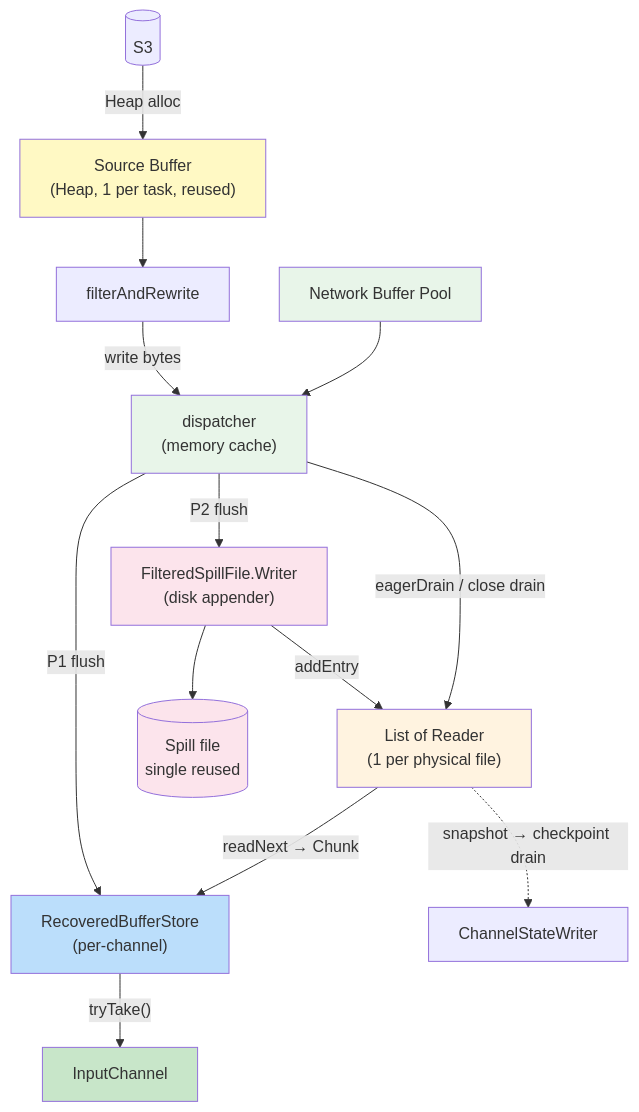
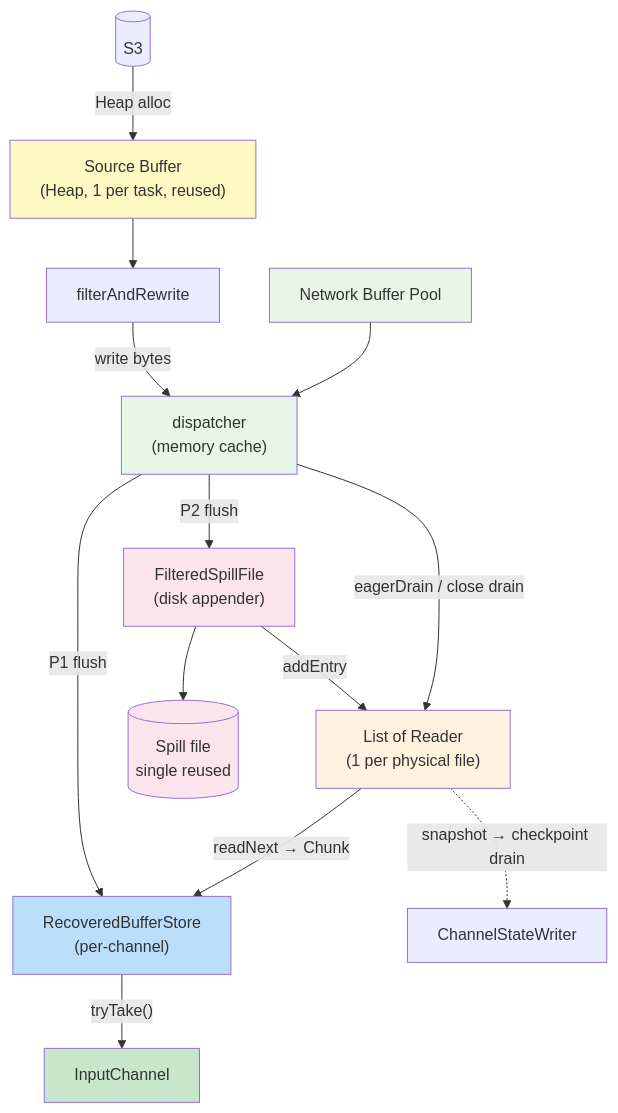
One commit to 1996fanrui/flink changed the second of 7 diagrams in requirements/38544/data_flow.md. Above: the diagram before and after it, drawn with Mermaid. The commit also changed other lines of this file and 9 other files, not shown here.

First line of the commit message:
[FLINK-38544][docs] Rename recovery callbacks/APIs and collapse FilteredSpillFile.Writer

````diff
--- a/requirements/38544/data_flow.md
+++ b/requirements/38544/data_flow.md
@@ -30,35 +30,35 @@
 ```mermaid
 graph TD
     S3[(S3)]
     SB["Source Buffer<br/>(Heap, 1 per task, reused)"]
     Filter["filterAndRewrite"]
     DP["dispatcher<br/>(memory cache)"]
     Pool["Network Buffer Pool"]
-    Writer["FilteredSpillFile.Writer<br/>(disk appender)"]
+    Writer["FilteredSpillFile<br/>(disk appender)"]
     Disk[(Spill file<br/>single reused)]
     Readers["List of Reader<br/>(1 per physical file)"]
     Store["RecoveredBufferStore<br/>(per-channel)"]
     IC["InputChannel"]
     CSW["ChannelStateWriter"]
 
     S3 -->|"Heap alloc"| SB
     SB --> Filter -->|"write bytes"| DP
     Pool --> DP
     DP -->|"P1 flush"| Store
     DP -->|"P2 flush"| Writer
     DP -->|"eagerDrain / close drain"| Readers
     Writer --> Disk
     Writer -->|"addEntry"| Readers
     Readers -->|"readNext → Chunk"| Store
     Readers -.->|"snapshot → checkpoint drain"| CSW
     Store -->|"tryTake()"| IC
 
     style SB fill:#fff9c4
     style DP fill:#e8f5e9
     style Pool fill:#e8f5e9
     style Writer fill:#fce4ec
     style Disk fill:#fce4ec
     style Readers fill:#fff3e0
     style Store fill:#bbdefb
     style IC fill:#c8e6c9
 ```
````
